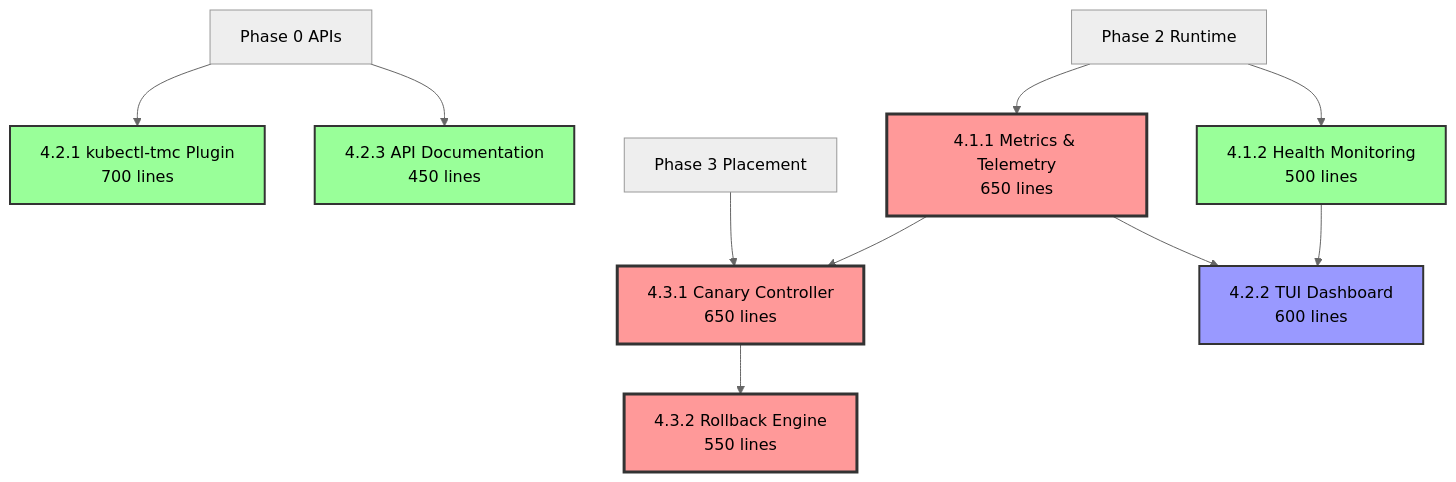
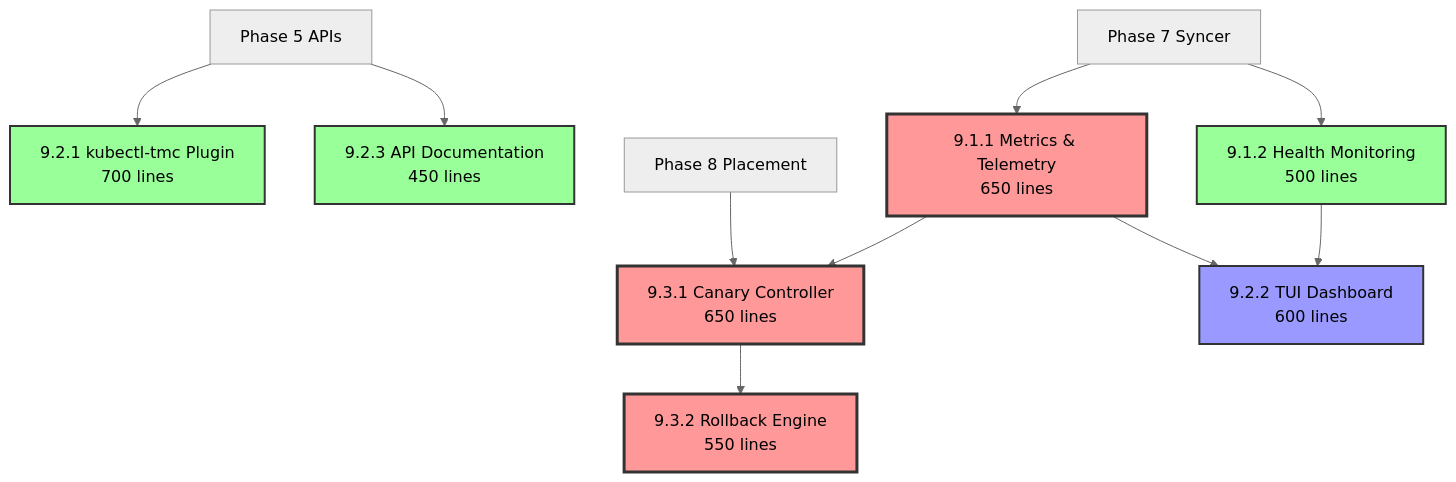
The diagram in phase-09-wave-implementation-plan.md (jessesanford/kcp), drawn with Mermaid (neutral theme) before and after one commit. The commit also changed other lines of this file, not shown here.

First line of the commit message:
feat: add standardized Dependencies section and fix phase numbering

````diff
--- a/phase-09-wave-implementation-plan.md
+++ b/phase-09-wave-implementation-plan.md
@@ -16,32 +39,32 @@
 ```mermaid
 graph TD
     %% External Dependencies
-    P0[Phase 0 APIs] --> W2E1[CLI Plugin]
-    P0 --> W2E3[API Docs]
-    P2[Phase 2 Runtime] --> W1E1[Metrics]
-    P2[Phase 2 Runtime] --> W1E2[Health Monitor]
-    P3[Phase 3 Placement] --> W3E1[Canary Controller]
+    P5[Phase 5 APIs] --> W2E1[CLI Plugin]
+    P5 --> W2E3[API Docs]
+    P7[Phase 7 Syncer] --> W1E1[Metrics]
+    P7[Phase 7 Syncer] --> W1E2[Health Monitor]
+    P8[Phase 8 Placement] --> W3E1[Canary Controller]
     
     %% Wave 1 - Observability Foundation
-    W1E1[4.1.1 Metrics & Telemetry<br/>650 lines] --> W2E2[TUI Dashboard]
+    W1E1[9.1.1 Metrics & Telemetry<br/>650 lines] --> W2E2[TUI Dashboard]
     W1E1 --> W3E1[Canary Controller]
-    W1E2[4.1.2 Health Monitoring<br/>500 lines] --> W2E2
+    W1E2[9.1.2 Health Monitoring<br/>500 lines] --> W2E2
     
     %% Wave 2 - User Experience
-    W2E1[4.2.1 kubectl-tmc Plugin<br/>700 lines]
-    W2E2[4.2.2 TUI Dashboard<br/>600 lines]
-    W2E3[4.2.3 API Documentation<br/>450 lines]
+    W2E1[9.2.1 kubectl-tmc Plugin<br/>700 lines]
+    W2E2[9.2.2 TUI Dashboard<br/>600 lines]
+    W2E3[9.2.3 API Documentation<br/>450 lines]
     
     %% Wave 3 - Advanced Deployment
-    W3E1[4.3.1 Canary Controller<br/>650 lines] --> W3E2[Rollback Engine]
-    W3E2[4.3.2 Rollback Engine<br/>550 lines]
+    W3E1[9.3.1 Canary Controller<br/>650 lines] --> W3E2[Rollback Engine]
+    W3E2[9.3.2 Rollback Engine<br/>550 lines]
     
     %% Critical Path Highlighting
     classDef critical fill:#ff9999,stroke:#333,stroke-width:3px
     classDef parallel fill:#99ff99,stroke:#333,stroke-width:2px
     classDef dependent fill:#9999ff,stroke:#333,stroke-width:2px
     
     class W1E1,W3E1,W3E2 critical
     class W1E2,W2E1,W2E3 parallel
     class W2E2 dependent
 ```
````
